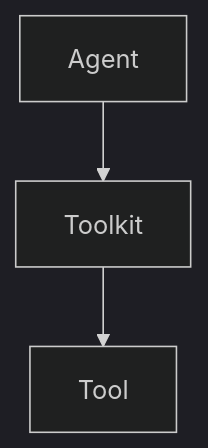
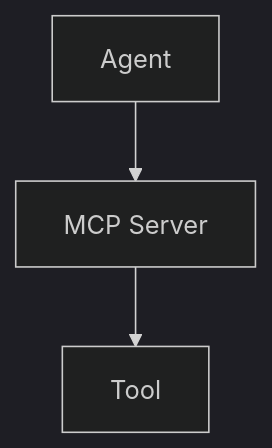
Before and after one commit to ArcadeAI/docs: the first of 4 diagrams in app/en/home/glossary/page.mdx, drawn with Mermaid (dark theme). The commit also changed other lines of this file and 28 other files, not shown here.

Commit message:
More toolkit -> MCP changes

````diff
--- a/app/en/home/glossary/page.mdx
+++ b/app/en/home/glossary/page.mdx
@@ -10,5 +10,5 @@
 ```mermaid
 graph TD
-    A[Agent] --> B[Toolkit]
+    A[Agent] --> B[MCP Server]
     B --> C[Tool]
 ```
````
